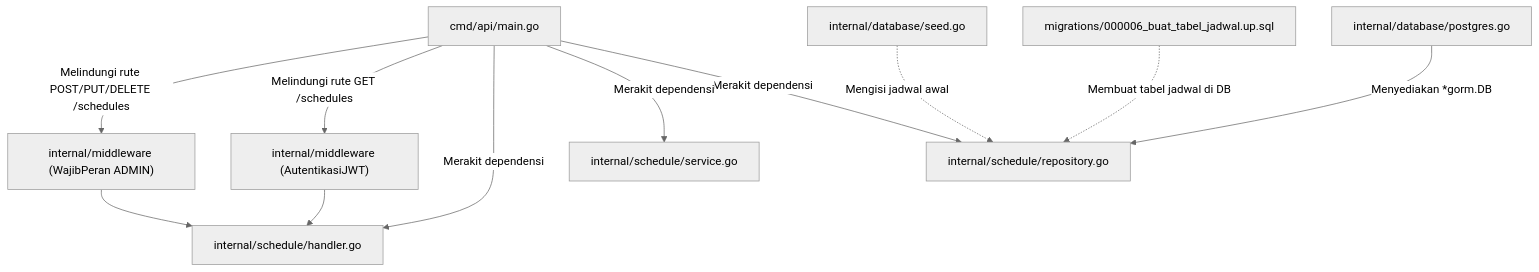
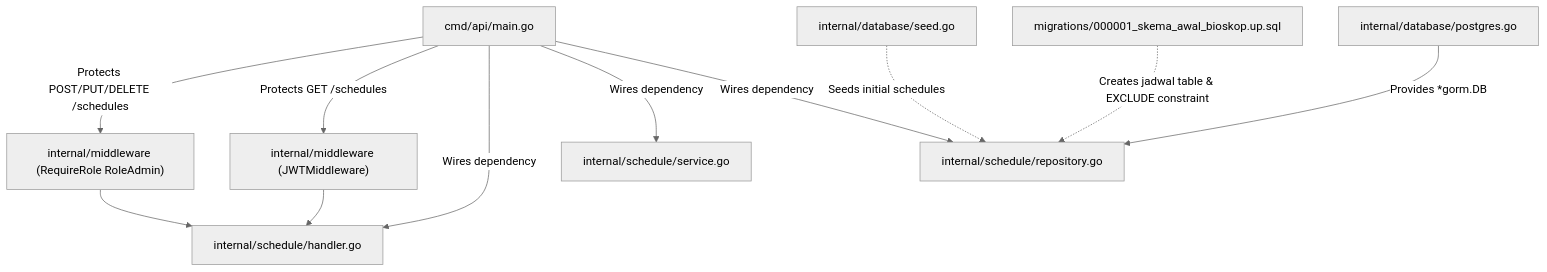
One commit to yesterdaygrace/CinemaSystem changed the third of 3 diagrams in docs/modules/schedule.md. Above: the diagram before and after it, drawn with Mermaid (neutral theme). The commit also changed other lines of this file and 84 other files, not shown here.

Commit message:
docs & feat: consolidate MKP assessment deliverables, update root README and schema

````diff
--- a/docs/modules/schedule.md
+++ b/docs/modules/schedule.md
@@ -156,23 +184,23 @@
 ```mermaid
 flowchart TD
     Main["cmd/api/main.go"]
     Postgres["internal/database/postgres.go"]
-    Migration["migrations/000006_buat_tabel_jadwal.up.sql"]
+    Migration["migrations/000001_skema_awal_bioskop.up.sql"]
     Seed["internal/database/seed.go"]
-    MWAuth["internal/middleware (AutentikasiJWT)"]
-    MWRole["internal/middleware (WajibPeran ADMIN)"]
+    MWAuth["internal/middleware (JWTMiddleware)"]
+    MWRole["internal/middleware (RequireRole RoleAdmin)"]
     ScheduleH["internal/schedule/handler.go"]
     ScheduleS["internal/schedule/service.go"]
     ScheduleR["internal/schedule/repository.go"]
 
-    Postgres -->|Menyediakan *gorm.DB| ScheduleR
-    Migration -.->|Membuat tabel jadwal di DB| ScheduleR
-    Seed -.->|Mengisi jadwal awal| ScheduleR
-    Main -->|Merakit dependensi| ScheduleR
-    Main -->|Merakit dependensi| ScheduleS
-    Main -->|Merakit dependensi| ScheduleH
-    Main -->|Melindungi rute GET /schedules| MWAuth
-    Main -->|Melindungi rute POST/PUT/DELETE /schedules| MWRole
+    Postgres -->|Provides *gorm.DB| ScheduleR
+    Migration -.->|Creates jadwal table & EXCLUDE constraint| ScheduleR
+    Seed -.->|Seeds initial schedules| ScheduleR
+    Main -->|Wires dependency| ScheduleR
+    Main -->|Wires dependency| ScheduleS
+    Main -->|Wires dependency| ScheduleH
+    Main -->|Protects GET /schedules| MWAuth
+    Main -->|Protects POST/PUT/DELETE /schedules| MWRole
     MWRole --> ScheduleH
     MWAuth --> ScheduleH
 ```
````
